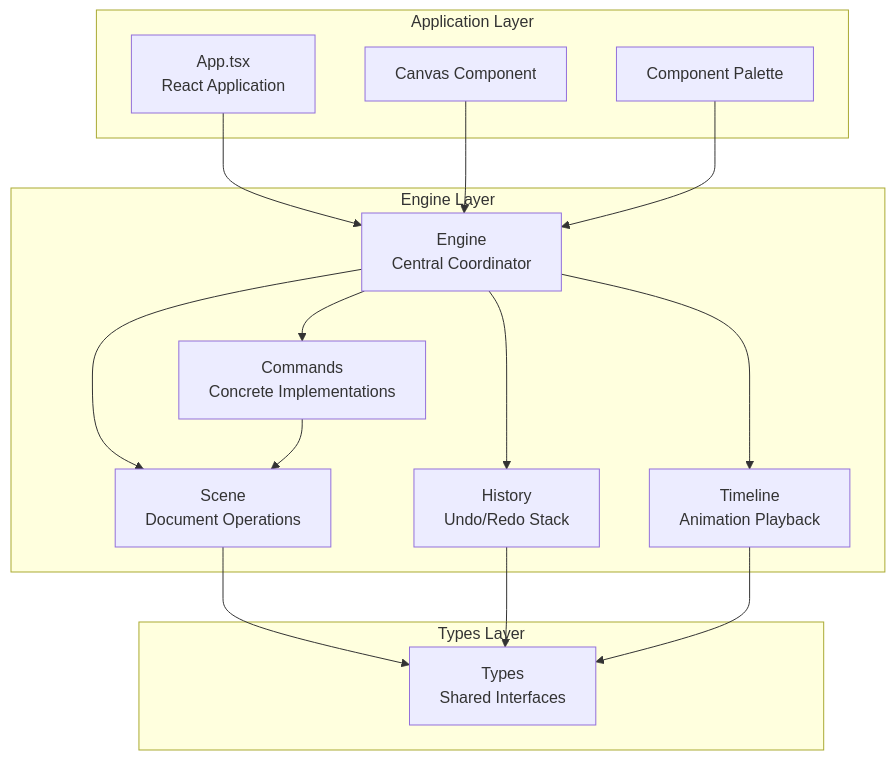
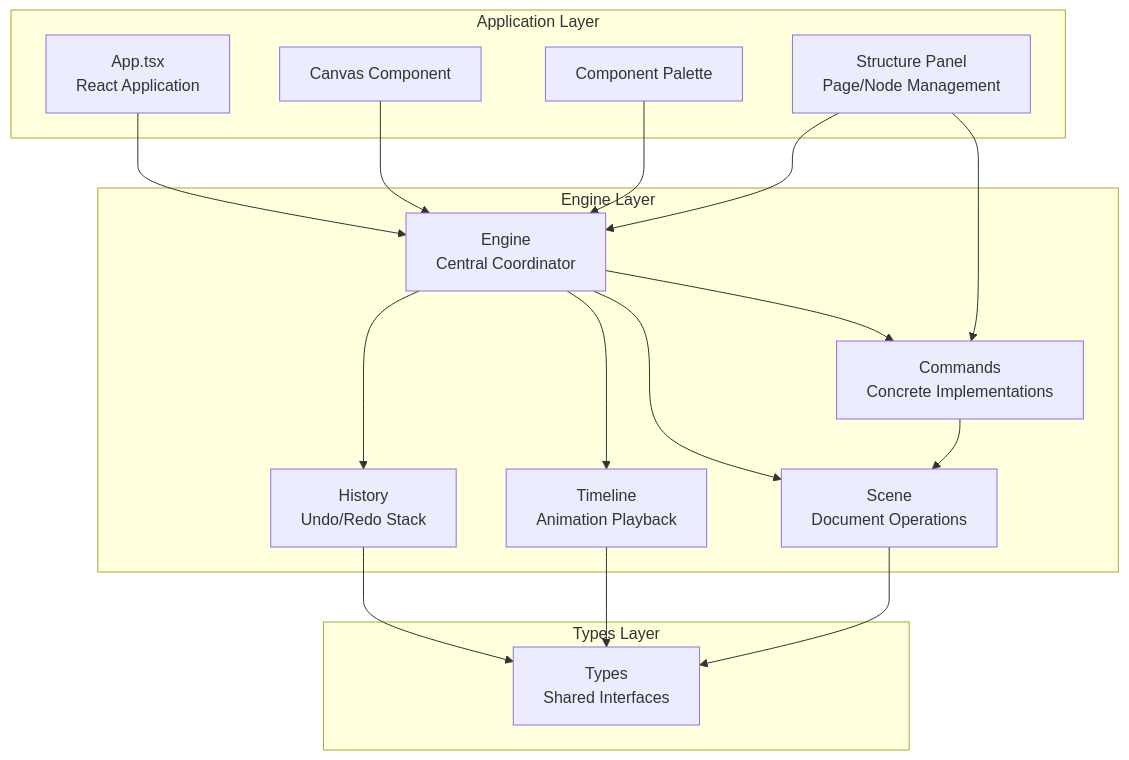
One commit to Anna0314zy/ai_editor_enginer changed the first of 3 diagrams in .qoder/repowiki/en/content/Core Engine System/Command Pattern System.md. Above: the diagram before and after it, drawn with Mermaid. The commit also changed other lines of this file and 44 other files, not shown here.

````diff
--- a/.qoder/repowiki/en/content/Core Engine System/Command Pattern System.md
+++ b/.qoder/repowiki/en/content/Core Engine System/Command Pattern System.md
@@ -45,29 +49,32 @@
 ```mermaid
 graph TB
 subgraph "Application Layer"
 App["App.tsx<br/>React Application"]
 Canvas["Canvas Component"]
 Palette["Component Palette"]
+StructurePanel["Structure Panel<br/>Page/Node Management"]
 end
 subgraph "Engine Layer"
 Engine["Engine<br/>Central Coordinator"]
 History["History<br/>Undo/Redo Stack"]
 Timeline["Timeline<br/>Animation Playback"]
 Scene["Scene<br/>Document Operations"]
 Commands["Commands<br/>Concrete Implementations"]
 end
 subgraph "Types Layer"
 Types["Types<br/>Shared Interfaces"]
 end
 App --> Engine
 Canvas --> Engine
 Palette --> Engine
+StructurePanel --> Engine
 Engine --> History
 Engine --> Timeline
 Engine --> Scene
 Engine --> Commands
 Commands --> Scene
 Scene --> Types
 History --> Types
 Timeline --> Types
+StructurePanel --> Commands
 ```
````
